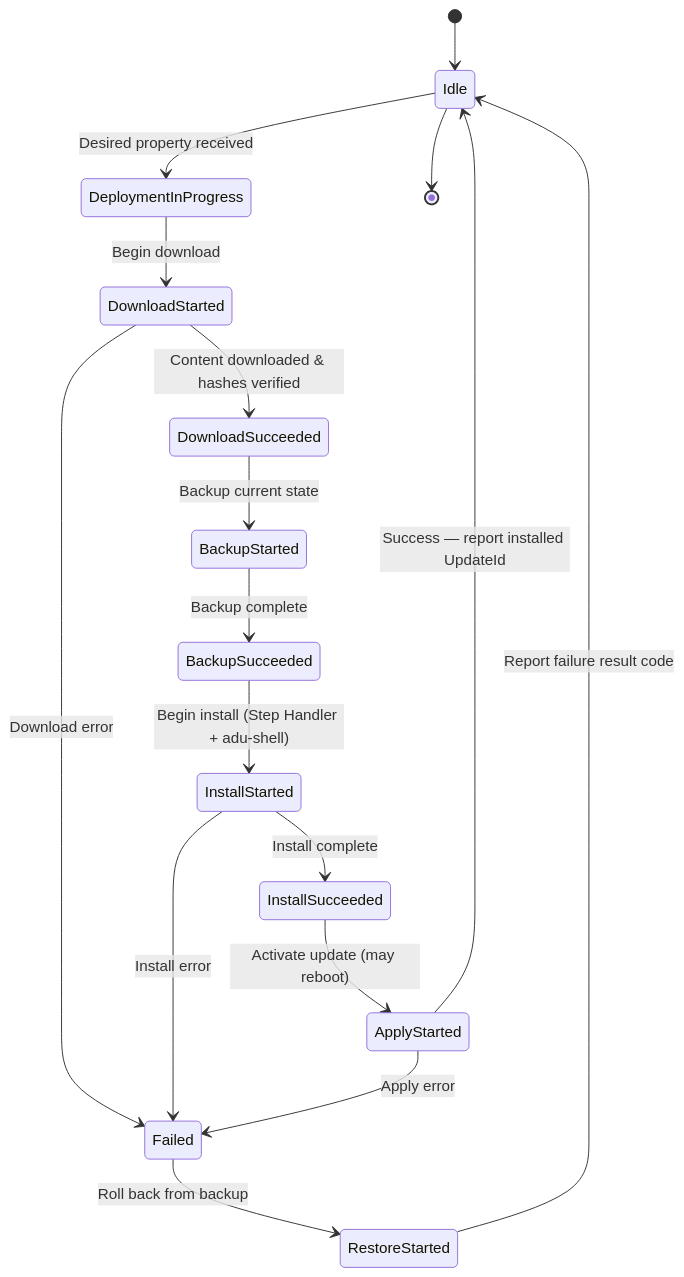
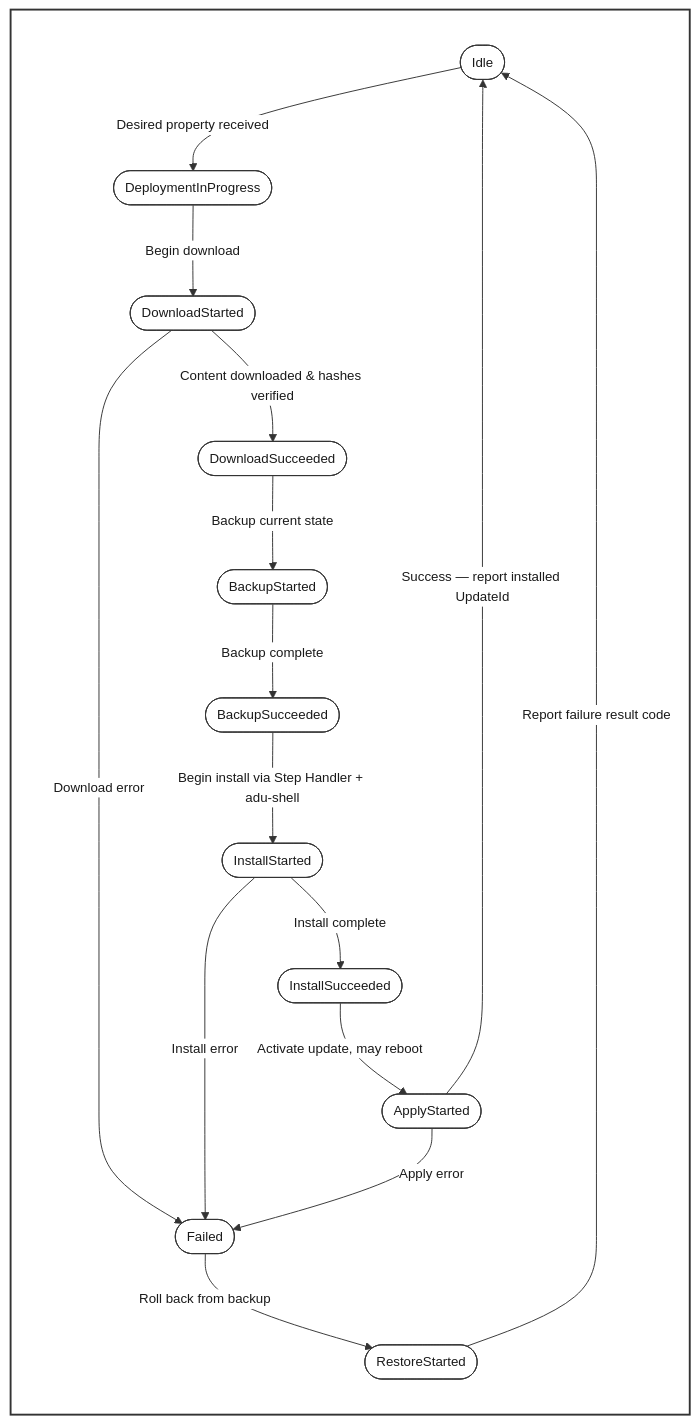
One commit to Azure/iot-hub-device-update changed the third of 4 diagrams in docs/agent-reference/architecture-overview.md. Above: the diagram before and after it, drawn with Mermaid. The commit also changed other lines of this file and 4 other files, not shown here.

````diff
--- a/docs/agent-reference/architecture-overview.md
+++ b/docs/agent-reference/architecture-overview.md
@@ -150,26 +188,44 @@
 ```mermaid
-stateDiagram-v2
-    [*] --> Idle
+%%{init: {'theme': 'base', 'themeVariables': {
+  'primaryColor': '#ffffff',
+  'primaryTextColor': '#1a1a1a',
+  'primaryBorderColor': '#333333',
+  'lineColor': '#333333',
+  'secondaryColor': '#f5f5f5',
+  'tertiaryColor': '#e8e8e8',
+  'mainBkg': '#ffffff',
+  'nodeBorder': '#333333',
+  'clusterBkg': '#f5f5f5',
+  'clusterBorder': '#333333',
+  'titleColor': '#1a1a1a',
+  'edgeLabelBackground': '#ffffff',
+  'fontFamily': 'monospace',
+  'fontSize': '14px'
+}}}%%
+flowchart LR
+    subgraph Main[" "]
+        Idle(["Idle"])
 
-    Idle --> DeploymentInProgress : Desired property received
-    DeploymentInProgress --> DownloadStarted : Begin download
+        Idle -->|"Desired property received"| DeploymentInProgress(["DeploymentInProgress"])
+        DeploymentInProgress -->|"Begin download"| DownloadStarted(["DownloadStarted"])
 
-    DownloadStarted --> DownloadSucceeded : Content downloaded & hashes verified
-    DownloadStarted --> Failed : Download error
+        DownloadStarted -->|"Content downloaded & hashes verified"| DownloadSucceeded(["DownloadSucceeded"])
+        DownloadStarted -->|"Download error"| Failed(["Failed"])
 
-    DownloadSucceeded --> BackupStarted : Backup current state
-    BackupStarted --> BackupSucceeded : Backup complete
+        DownloadSucceeded -->|"Backup current state"| BackupStarted(["BackupStarted"])
+        BackupStarted -->|"Backup complete"| BackupSucceeded(["BackupSucceeded"])
 
-    BackupSucceeded --> InstallStarted : Begin install (Step Handler + adu-shell)
-    InstallStarted --> InstallSucceeded : Install complete
-    InstallStarted --> Failed : Install error
+        BackupSucceeded -->|"Begin install via Step Handler + adu-shell"| InstallStarted(["InstallStarted"])
+        InstallStarted -->|"Install complete"| InstallSucceeded(["InstallSucceeded"])
+        InstallStarted -->|"Install error"| Failed
 
-    InstallSucceeded --> ApplyStarted : Activate update (may reboot)
-    ApplyStarted --> Idle : Success — report installed UpdateId
-    ApplyStarted --> Failed : Apply error
+        InstallSucceeded -->|"Activate update, may reboot"| ApplyStarted(["ApplyStarted"])
+        ApplyStarted -->|"Success — report installed UpdateId"| Idle
+        ApplyStarted -->|"Apply error"| Failed
 
-    Failed --> RestoreStarted : Roll back from backup
-    RestoreStarted --> Idle : Report failure result code
+        Failed -->|"Roll back from backup"| RestoreStarted(["RestoreStarted"])
+        RestoreStarted -->|"Report failure result code"| Idle
+    end
 
-    Idle --> [*]
+    style Main fill:#ffffff,stroke:#333333,stroke-width:2px,color:#1a1a1a
 ```
````
